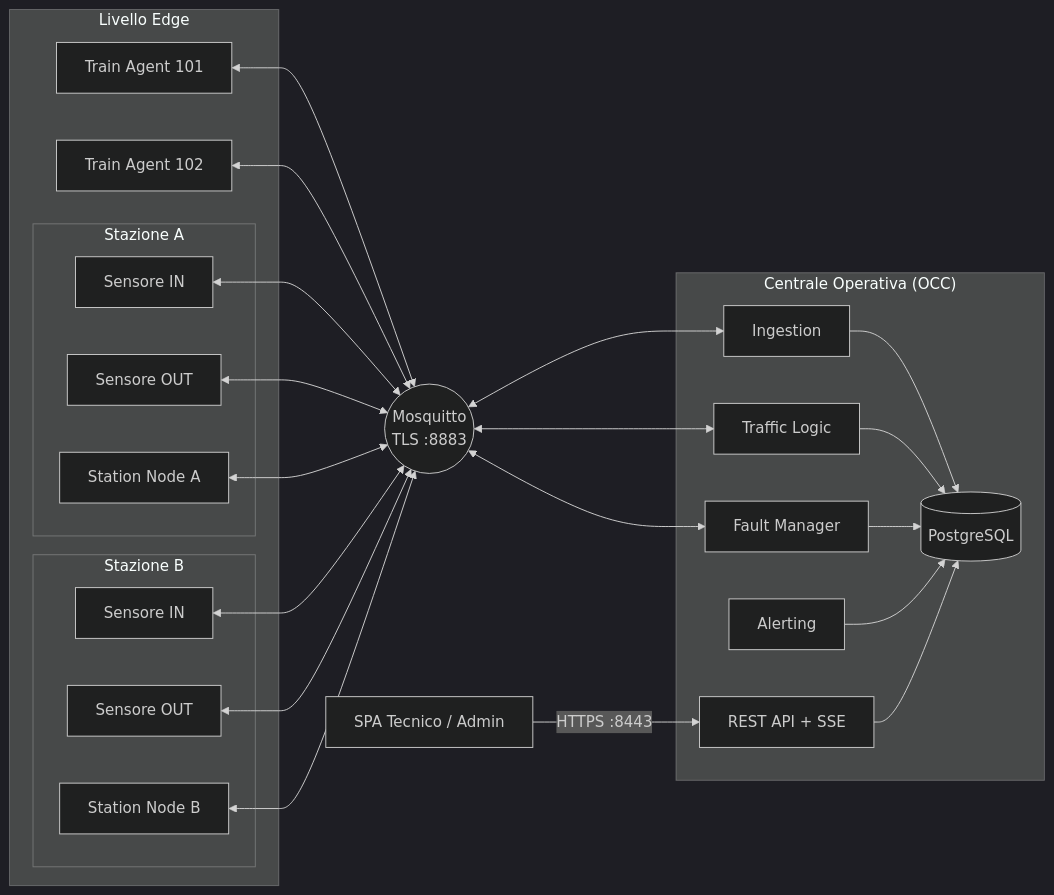
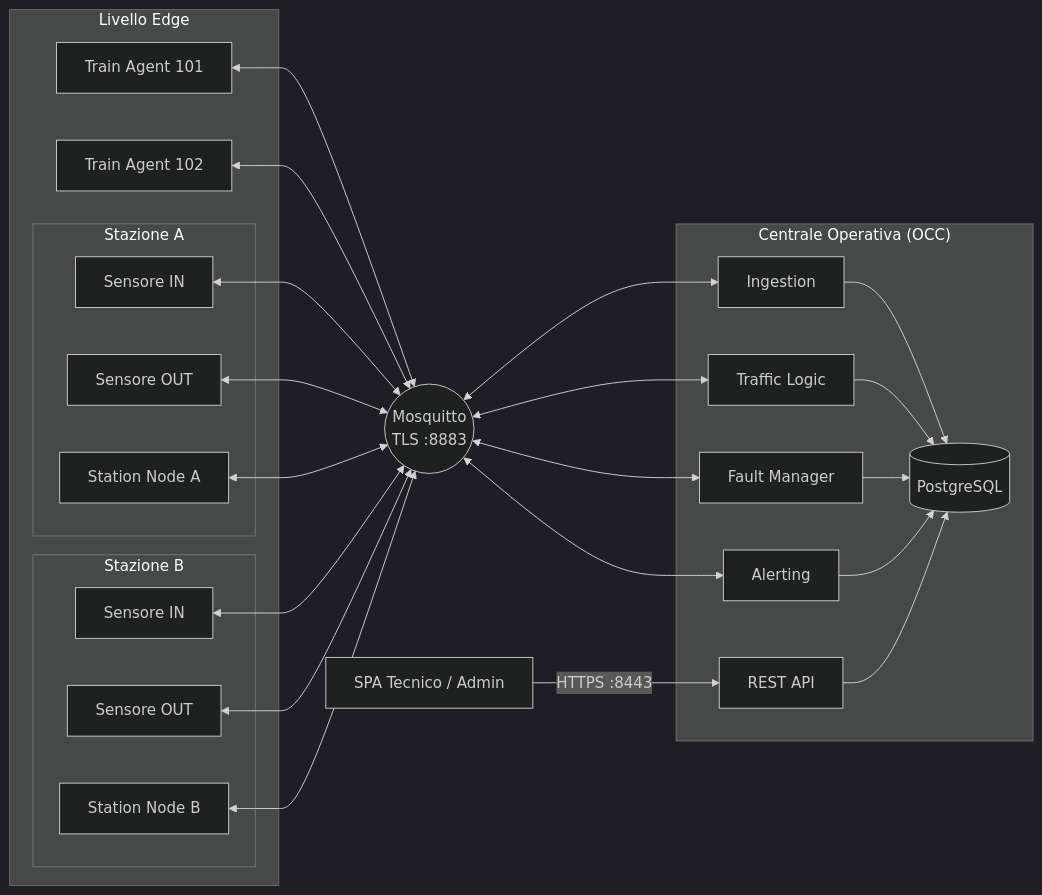
One commit to lucateofilo/PissirShared changed the first of 7 diagrams in docs/architettura.md. Above: the diagram before and after it, drawn with Mermaid (dark theme). The commit also changed other lines of this file and 2 other files, not shown here.

````diff
--- a/docs/architettura.md
+++ b/docs/architettura.md
@@ -47,38 +47,38 @@
 ```mermaid
 flowchart LR
   subgraph EDGE["Livello Edge"]
     T1[Train Agent 101]
     T2[Train Agent 102]
     subgraph SA["Stazione A"]
       SAin[Sensore IN]
       SAout[Sensore OUT]
       SAnode[Station Node A]
     end
     subgraph SB["Stazione B"]
       SBin[Sensore IN]
       SBout[Sensore OUT]
       SBnode[Station Node B]
     end
   end
 
   BROKER(("Mosquitto<br/>TLS :8883"))
 
   subgraph OCC["Centrale Operativa (OCC)"]
     ING[Ingestion]
     TLE[Traffic Logic]
     FM[Fault Manager]
     AL[Alerting]
-    API[REST API + SSE]
+    API[REST API]
     DB[(PostgreSQL)]
   end
 
   WEB[SPA Tecnico / Admin]
 
   T1 & T2 <--> BROKER
   SAin & SAout & SAnode <--> BROKER
   SBin & SBout & SBnode <--> BROKER
-  BROKER <--> ING & TLE & FM
+  BROKER <--> ING & TLE & FM & AL
   ING & TLE & FM & AL --> DB
   API --> DB
   WEB -- HTTPS :8443 --> API
 ```
````
